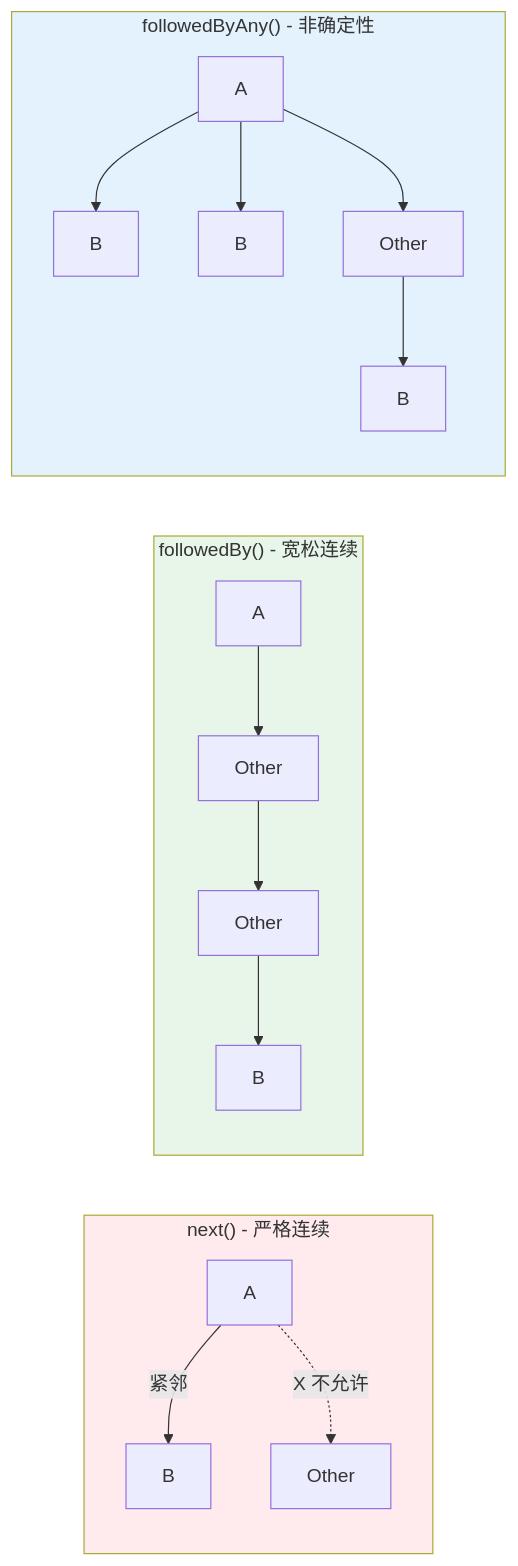
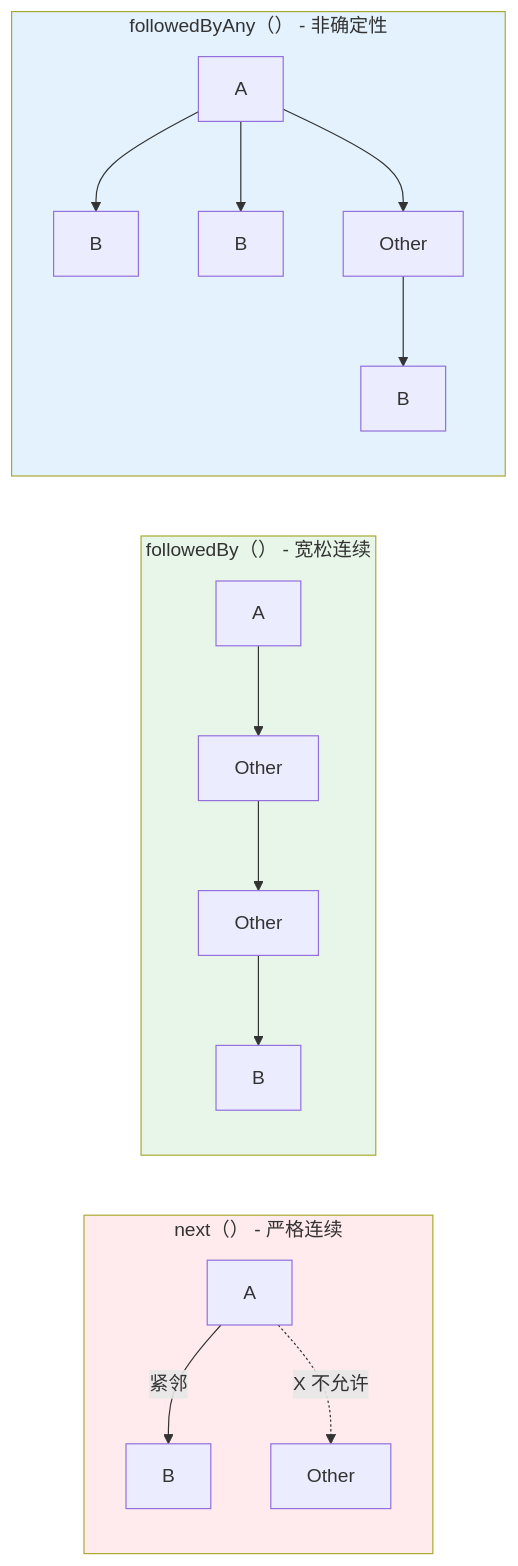
One commit to AdaMartin18010/AnalysisDataFlow changed the fifth of 6 diagrams in Flink/flink-cep-complete-tutorial.md. Above: the diagram before and after it, drawn with Mermaid. The commit also changed 253 other files, not shown here.

````diff
--- a/Flink/flink-cep-complete-tutorial.md
+++ b/Flink/flink-cep-complete-tutorial.md
@@ -1287,23 +1287,23 @@
 ```mermaid
 flowchart LR
-    subgraph next["next() - 严格连续"]
+    subgraph next["next（） - 严格连续"]
         A1[A] -->|紧邻| B1[B]
         A1 -.->|X 不允许| X1[Other]
     end
 
-    subgraph followedBy["followedBy() - 宽松连续"]
+    subgraph followedBy["followedBy（） - 宽松连续"]
         A2[A] --> X2[Other]
         X2 --> X3[Other]
         X3 --> B2[B]
     end
 
-    subgraph followedByAny["followedByAny() - 非确定性"]
+    subgraph followedByAny["followedByAny（） - 非确定性"]
         A3[A] --> B3[B]
         A3 --> B4[B]
         A3 --> X4[Other] --> B5[B]
     end
 
     style next fill:#ffebee
     style followedBy fill:#e8f5e9
     style followedByAny fill:#e3f2fd
 ```
````
